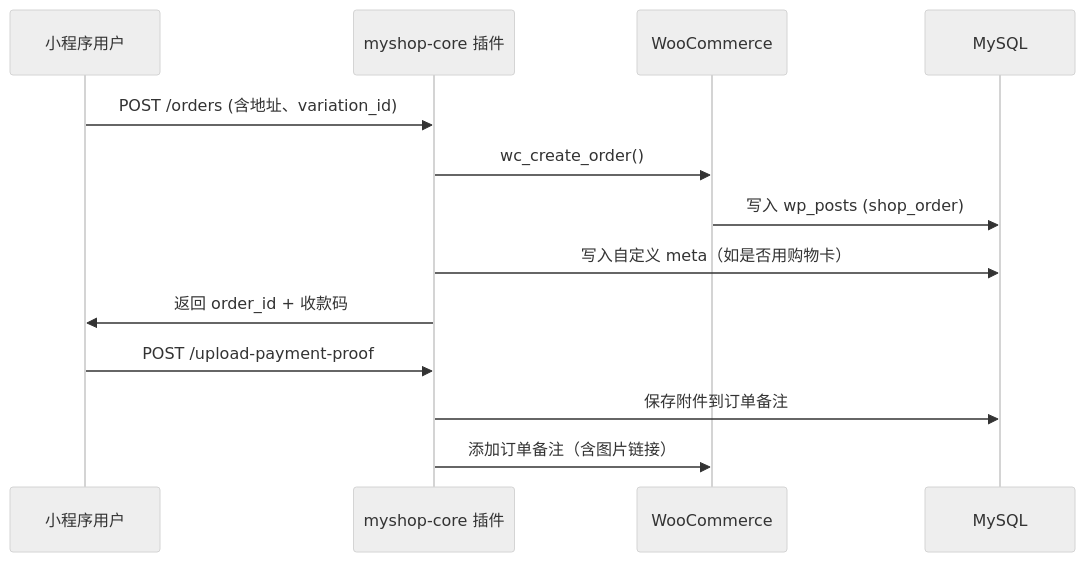
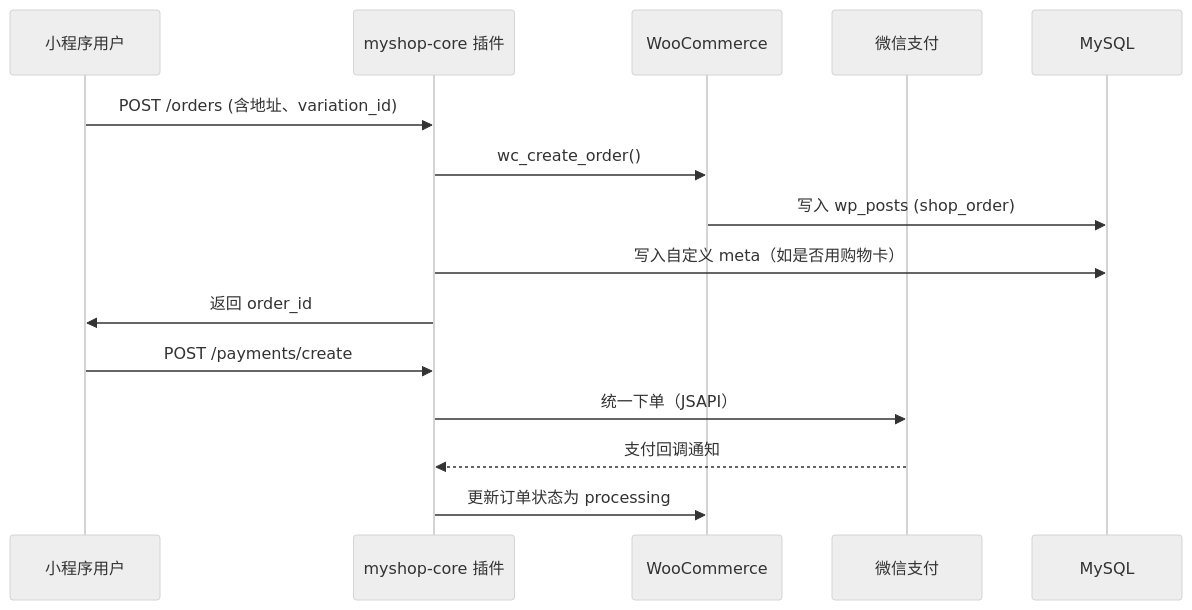
One commit to HaoranTong/agri-ecommerce-miniprogram changed the second of 3 diagrams in docs/04_系统架构图_v2.0.md. Above: the diagram before and after it, drawn with Mermaid (neutral theme). The commit also changed other lines of this file and 18 other files, not shown here.

Commit message:
feat: return flow ui and docs sync

````diff
--- a/docs/04_系统架构图_v2.0.md
+++ b/docs/04_系统架构图_v2.0.md
@@ -148,16 +148,18 @@
 ```mermaid
 sequenceDiagram
     participant User as 小程序用户
     participant API as myshop-core 插件
     participant WC as WooCommerce
+    participant WeChat as 微信支付
     participant DB as MySQL
 
     User->>API: POST /orders (含地址、variation_id)
     API->>WC: wc_create_order()
     WC->>DB: 写入 wp_posts (shop_order)
     API->>DB: 写入自定义 meta（如是否用购物卡）
-    API->>User: 返回 order_id + 收款码
-    User->>API: POST /upload-payment-proof
-    API->>DB: 保存附件到订单备注
-    API->>WC: 添加订单备注（含图片链接）
+    API->>User: 返回 order_id
+    User->>API: POST /payments/create
+    API->>WeChat: 统一下单（JSAPI）
+    WeChat-->>API: 支付回调通知
+    API->>WC: 更新订单状态为 processing
 ```
````
